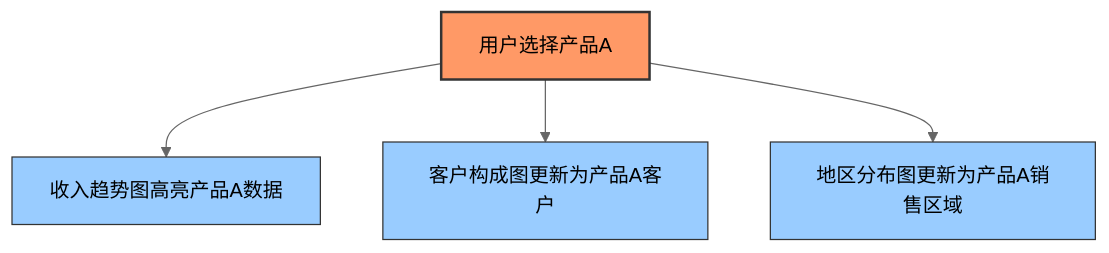
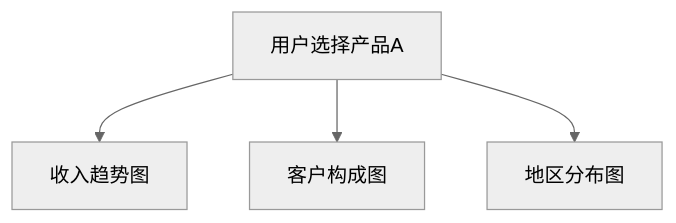
The third of 3 diagrams in src/site/notes/08-财务专业/财务BI看板项目/设计稿/交互设计/财务看板交互指南.md (amcoimg/my-digital-garden), drawn with Mermaid (neutral theme) before and after one commit. The commit also changed other lines of this file and 2 other files, not shown here.

````diff
--- a/src/site/notes/08-财务专业/财务BI看板项目/设计稿/交互设计/财务看板交互指南.md
+++ b/src/site/notes/08-财务专业/财务BI看板项目/设计稿/交互设计/财务看板交互指南.md
@@ -178,11 +166,6 @@
 ```mermaid
 graph TD
-    A[用户选择产品A] --> B[收入趋势图高亮产品A数据]
-    A --> C[客户构成图更新为产品A客户]
-    A --> D[地区分布图更新为产品A销售区域]
-    
-    style A fill:#f96,stroke:#333,stroke-width:2px
-    style B fill:#9cf,stroke:#333,stroke-width:1px
-    style C fill:#9cf,stroke:#333,stroke-width:1px
-    style D fill:#9cf,stroke:#333,stroke-width:1px
+    A[用户选择产品A] --> B[收入趋势图]
+    A --> C[客户构成图]
+    A --> D[地区分布图]
 ```
````
